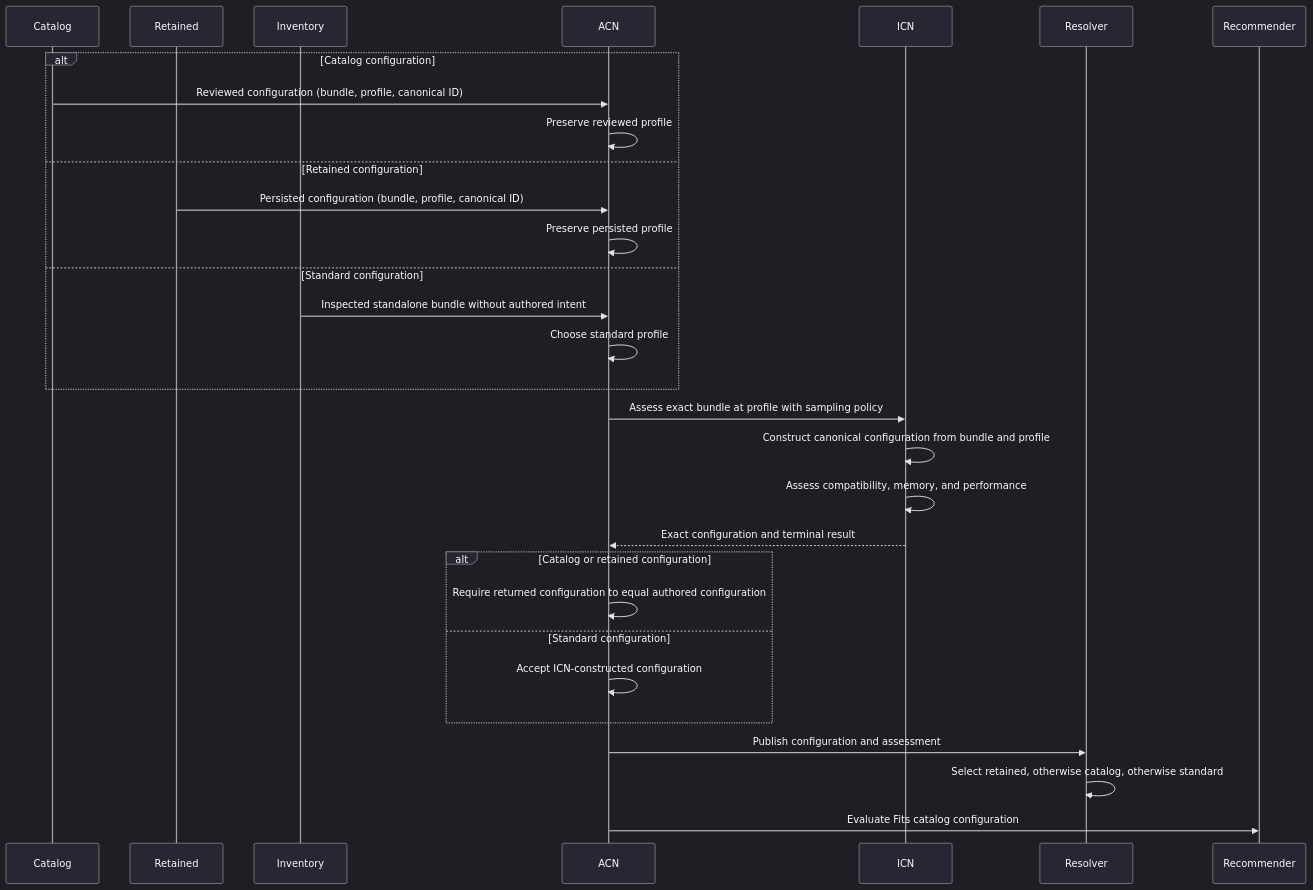
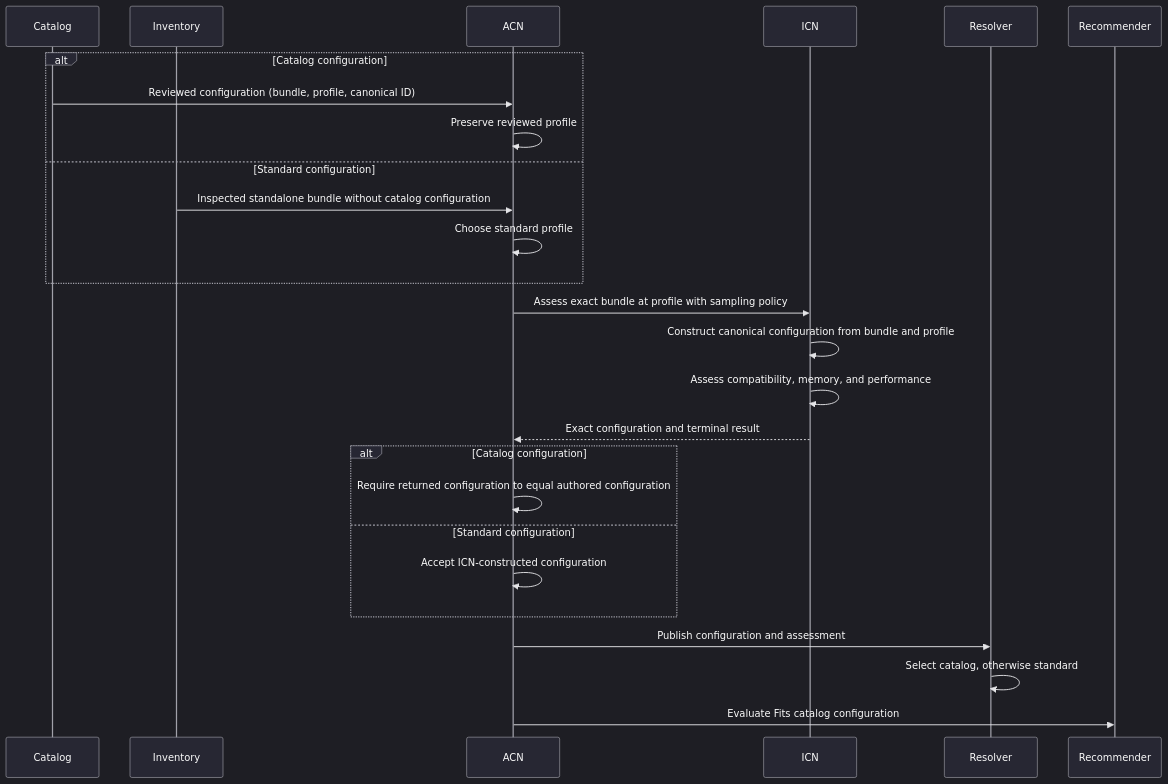
The diagram in design/model-management/assessment-and-recommendation.md (magnitudedev/magnitude), drawn with Mermaid before and after one commit. The commit also changed other lines of this file and 37 other files, not shown here.

````diff
--- a/design/model-management/assessment-and-recommendation.md
+++ b/design/model-management/assessment-and-recommendation.md
@@ -32,37 +28,33 @@
 ```mermaid
 %%{init: { "theme": "dark", "themeVariables": { "background": "#16161d", "primaryColor": "#272733", "primaryTextColor": "#fafafa", "primaryBorderColor": "#a1a1aa", "lineColor": "#e4e4e7", "textColor": "#fafafa", "actorBkg": "#272733", "actorBorder": "#a1a1aa", "actorTextColor": "#fafafa", "actorLineColor": "#a1a1aa", "signalColor": "#e4e4e7", "signalTextColor": "#fafafa", "labelBoxBkgColor": "#272733", "labelBoxBorderColor": "#a1a1aa", "labelTextColor": "#fafafa", "loopTextColor": "#fafafa" } } }%%
 sequenceDiagram
     participant Catalog
-    participant State as Retained
     participant Inventory
     participant ACN
     participant ICN
     participant Resolver
     participant Recommender
 
     alt Catalog configuration
         Catalog->>ACN: Reviewed configuration (bundle, profile, canonical ID)
         ACN->>ACN: Preserve reviewed profile
-    else Retained configuration
-        State->>ACN: Persisted configuration (bundle, profile, canonical ID)
-        ACN->>ACN: Preserve persisted profile
     else Standard configuration
-        Inventory->>ACN: Inspected standalone bundle without authored intent
+        Inventory->>ACN: Inspected standalone bundle without catalog configuration
         ACN->>ACN: Choose standard profile
     end
 
     ACN->>ICN: Assess exact bundle at profile with sampling policy
     ICN->>ICN: Construct canonical configuration from bundle and profile
     ICN->>ICN: Assess compatibility, memory, and performance
     ICN-->>ACN: Exact configuration and terminal result
 
-    alt Catalog or retained configuration
+    alt Catalog configuration
         ACN->>ACN: Require returned configuration to equal authored configuration
     else Standard configuration
         ACN->>ACN: Accept ICN-constructed configuration
     end
 
     ACN->>Resolver: Publish configuration and assessment
-    Resolver->>Resolver: Select retained, otherwise catalog, otherwise standard
+    Resolver->>Resolver: Select catalog, otherwise standard
     ACN->>Recommender: Evaluate Fits catalog configuration
 ```
````
